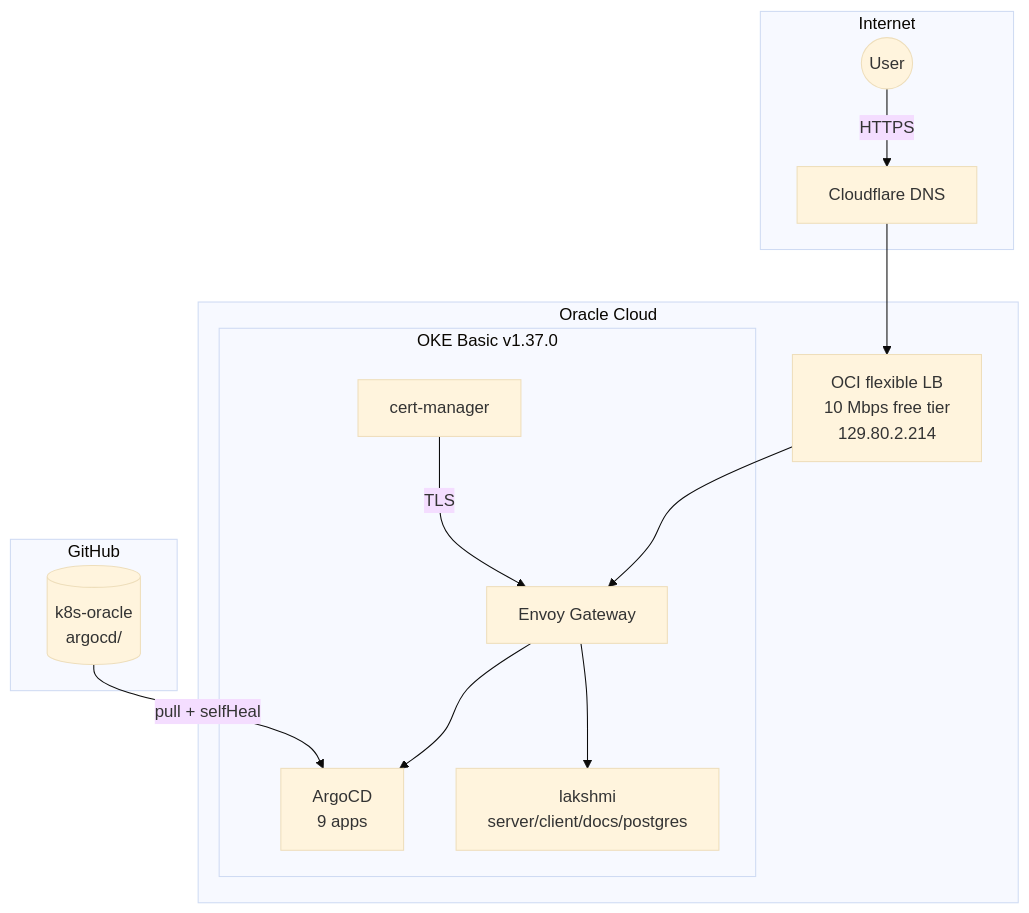
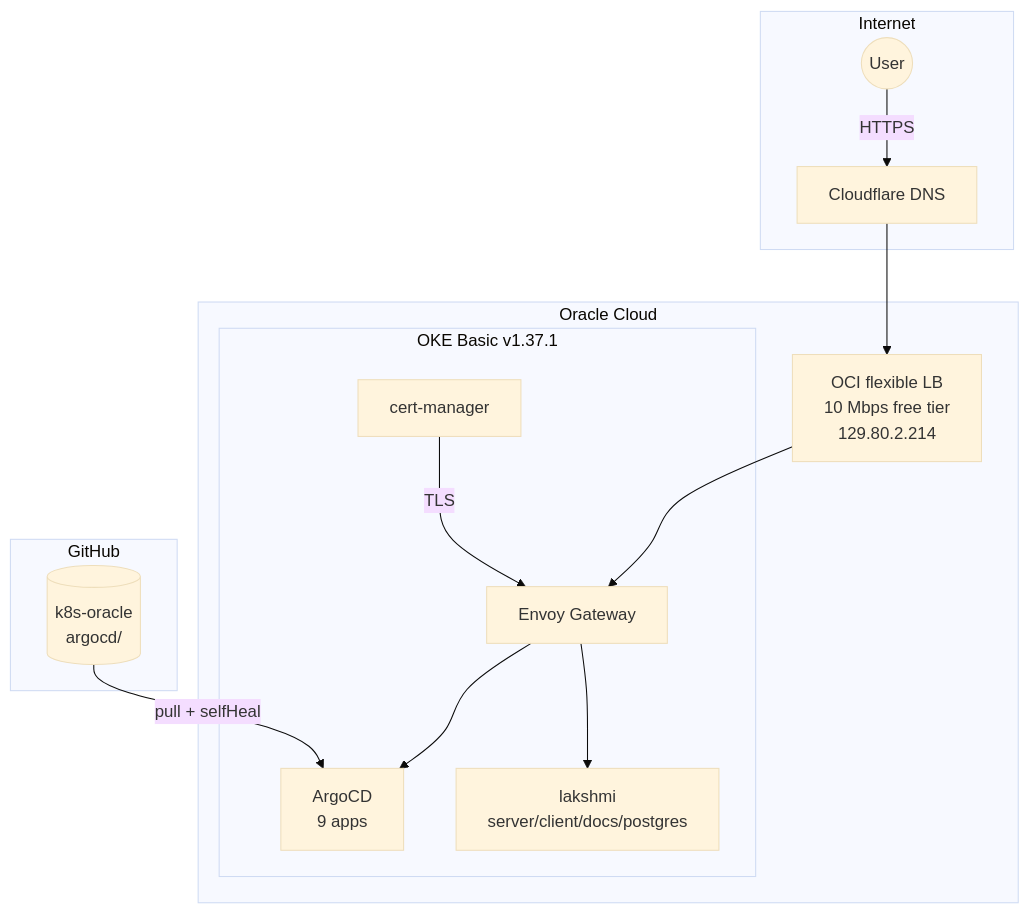
Before and after one commit to nsudhanva/k8s-oracle: the first of 2 diagrams in README.md, drawn with Mermaid (base theme). The commit also changed other lines of this file and 5 other files, not shown here.

````diff
--- a/README.md
+++ b/README.md
@@ -7,29 +7,29 @@
 ```mermaid
 graph TB
     subgraph Internet
         User((User))
         CF[Cloudflare DNS]
     end
 
     subgraph OCI["Oracle Cloud"]
         LB[OCI flexible LB<br/>10 Mbps free tier<br/>129.80.2.214]
-        subgraph OKE["OKE Basic v1.37.0"]
+        subgraph OKE["OKE Basic v1.37.1"]
             EG[Envoy Gateway]
             ARGO[ArgoCD<br/>9 apps]
             LAK[lakshmi<br/>server/client/docs/postgres]
             CM[cert-manager]
         end
     end
 
     subgraph GitHub
         Repo[(k8s-oracle<br/>argocd/)]
     end
 
     User -->|HTTPS| CF
     CF --> LB
     LB --> EG
     EG --> LAK
     EG --> ARGO
     Repo -->|pull + selfHeal| ARGO
     CM -->|TLS| EG
 ```
````
